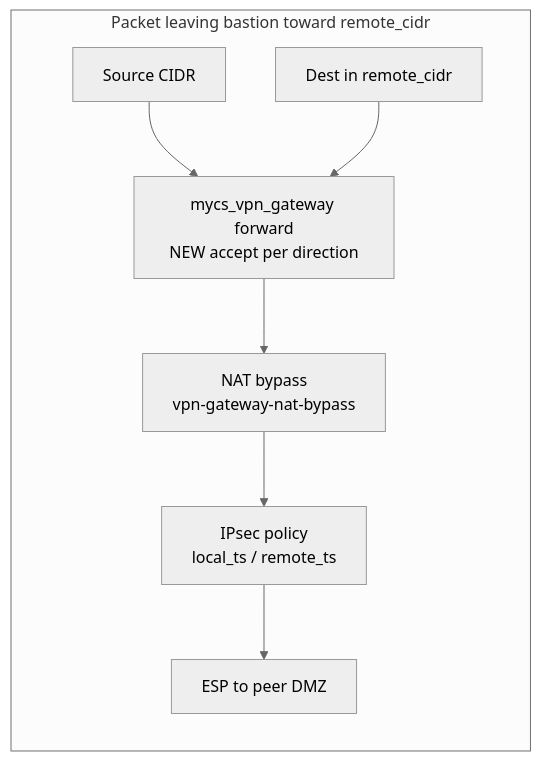
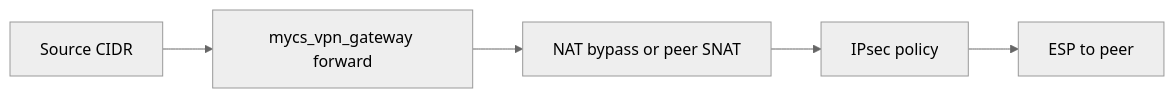
Before and after one commit to novassist-ai/mycs-node: the third of 6 diagrams in image/docs/network-design.md, drawn with Mermaid (neutral theme). The commit also changed other lines of this file and 24 other files, not shown here.

First line of the commit message:
Add VPN gateway NAT configuration and documentation updates

````diff
--- a/image/docs/network-design.md
+++ b/image/docs/network-design.md
@@ -340,17 +283,10 @@
 ```mermaid
 flowchart LR
-  subgraph packet [Packet leaving bastion toward remote_cidr]
-    SRC[Source CIDR]
-    DST[Dest in remote_cidr]
-    FWD[mycs_vpn_gateway forward<br/>NEW accept per direction]
-    NAT[NAT bypass<br/>vpn-gateway-nat-bypass]
-    XFRM[IPsec policy<br/>local_ts / remote_ts]
-    ESP[ESP to peer DMZ]
-  end
+  SRC[Source CIDR]
+  FWD[mycs_vpn_gateway forward]
+  NAT[NAT bypass or peer SNAT]
+  XFRM[IPsec policy]
+  ESP[ESP to peer]
 
-  SRC --> FWD
-  DST --> FWD
-  FWD --> NAT
-  NAT --> XFRM
-  XFRM --> ESP
+  SRC --> FWD --> NAT --> XFRM --> ESP
 ```
````
